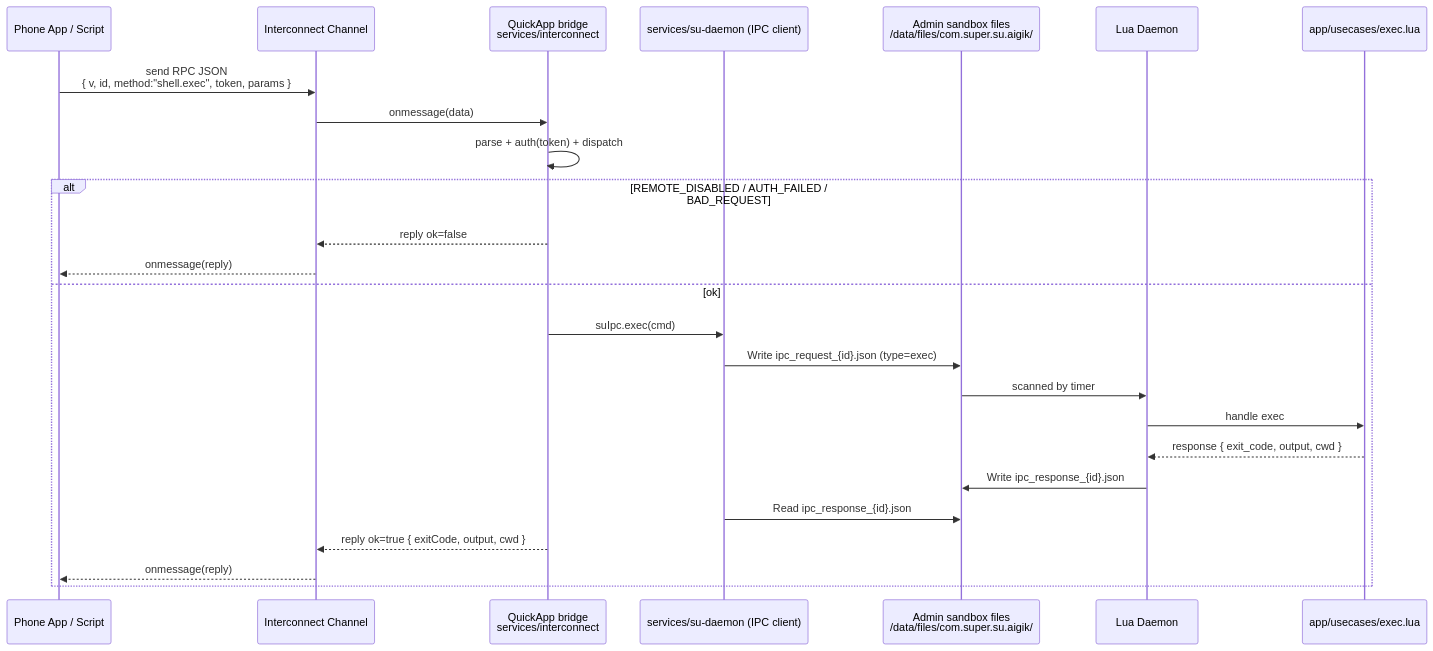
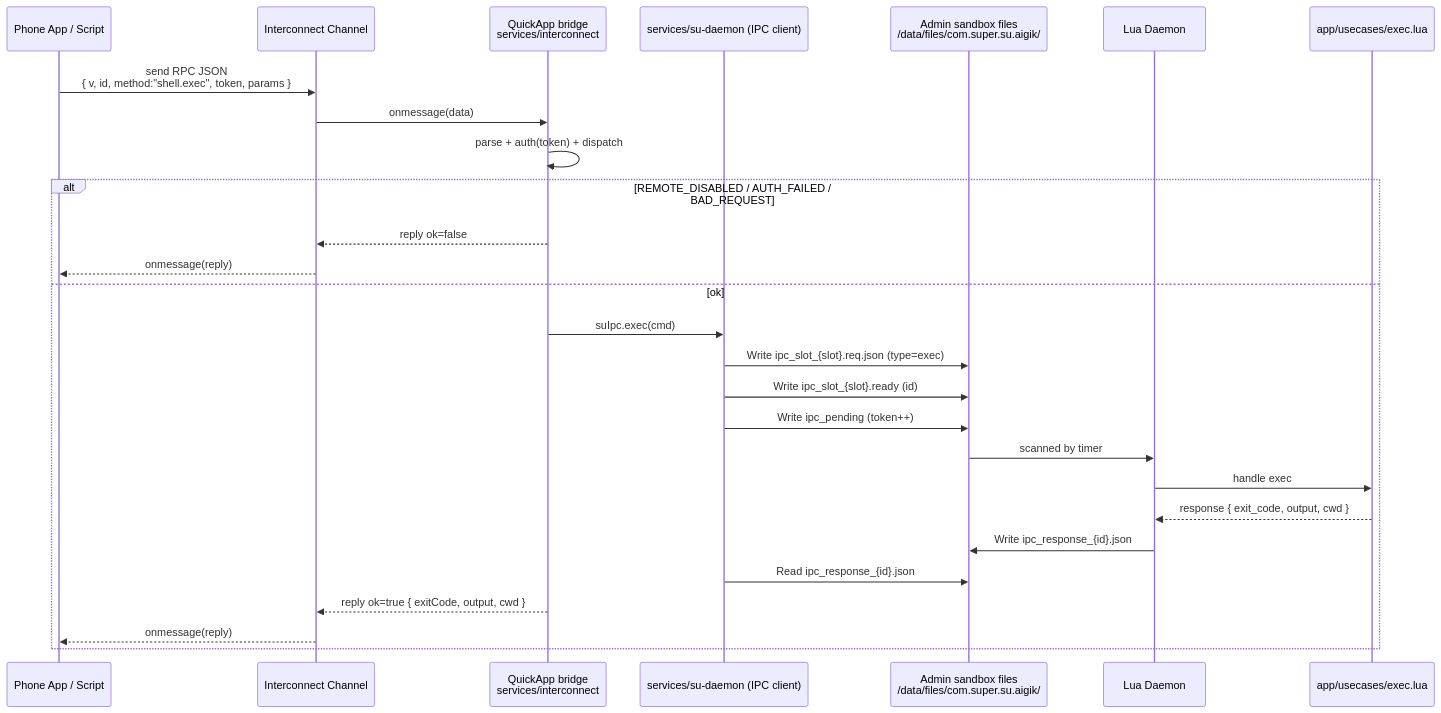
One commit to FangAiden/Vela-Shell-Bridge changed the second of 5 diagrams in README.md. Above: the diagram before and after it, drawn with Mermaid. The commit also changed other lines of this file and 7 other files, not shown here.

````diff
--- a/README.md
+++ b/README.md
@@ -452,28 +454,30 @@
 ```mermaid
 sequenceDiagram
   participant Phone as Phone App / Script
   participant IC as Interconnect Channel
   participant Bridge as QuickApp bridge<br/>services/interconnect
   participant SU as services/su-daemon (IPC client)
   participant Files as Admin sandbox files<br/>/data/files/com.super.su.aigik/
   participant Lua as Lua Daemon
   participant ExecUC as app/usecases/exec.lua
 
   Phone->>IC: send RPC JSON<br/>{ v, id, method:"shell.exec", token, params }
   IC->>Bridge: onmessage(data)
   Bridge->>Bridge: parse + auth(token) + dispatch
   alt REMOTE_DISABLED / AUTH_FAILED / BAD_REQUEST
     Bridge-->>IC: reply ok=false
     IC-->>Phone: onmessage(reply)
   else ok
     Bridge->>SU: suIpc.exec(cmd)
-    SU->>Files: Write ipc_request_{id}.json (type=exec)
+    SU->>Files: Write ipc_slot_{slot}.req.json (type=exec)
+    SU->>Files: Write ipc_slot_{slot}.ready (id)
+    SU->>Files: Write ipc_pending (token++)
     Files->>Lua: scanned by timer
     Lua->>ExecUC: handle exec
     ExecUC-->>Lua: response { exit_code, output, cwd }
     Lua->>Files: Write ipc_response_{id}.json
     SU->>Files: Read ipc_response_{id}.json
     Bridge-->>IC: reply ok=true { exitCode, output, cwd }
     IC-->>Phone: onmessage(reply)
   end
 ```
````
